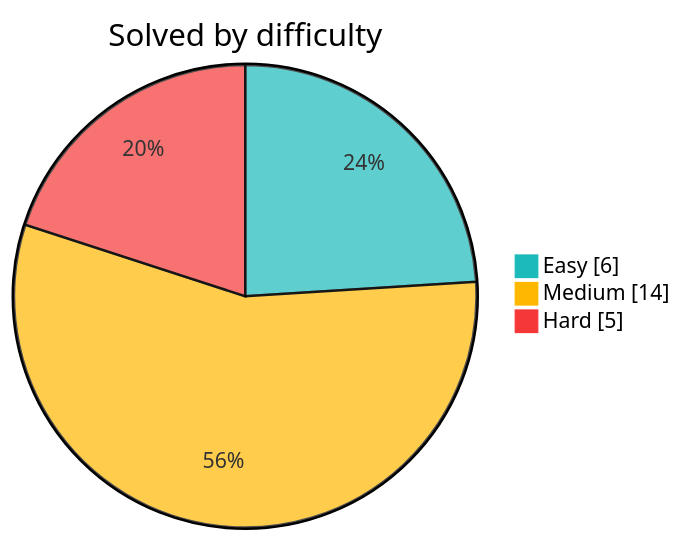
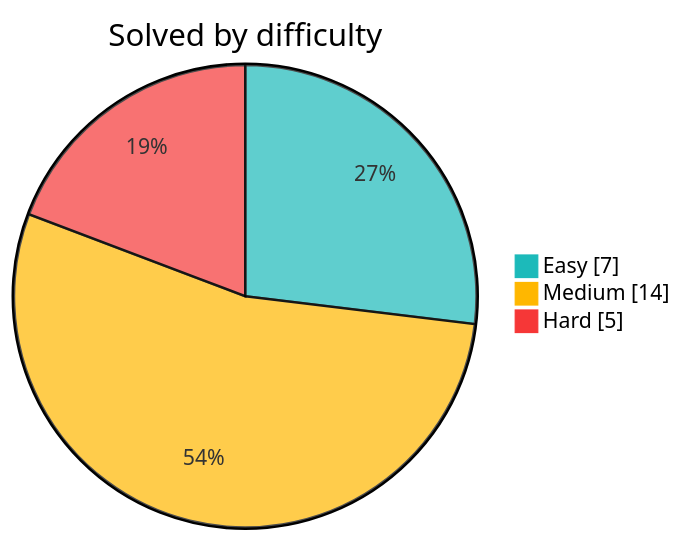
Before and after one commit to Sekler09/algorithms: the diagram in README.md, drawn with Mermaid. The commit also changed other lines of this file and 3 other files, not shown here.

````diff
--- a/README.md
+++ b/README.md
@@ -9,8 +9,8 @@
 ```mermaid
 %%{init: {"themeVariables": {"pie1": "#1cbaba", "pie2": "#ffb700", "pie3": "#f63737"}}}%%
 pie showData
     title Solved by difficulty
-    "Easy" : 6
+    "Easy" : 7
     "Medium" : 14
     "Hard" : 5
 ```
````
